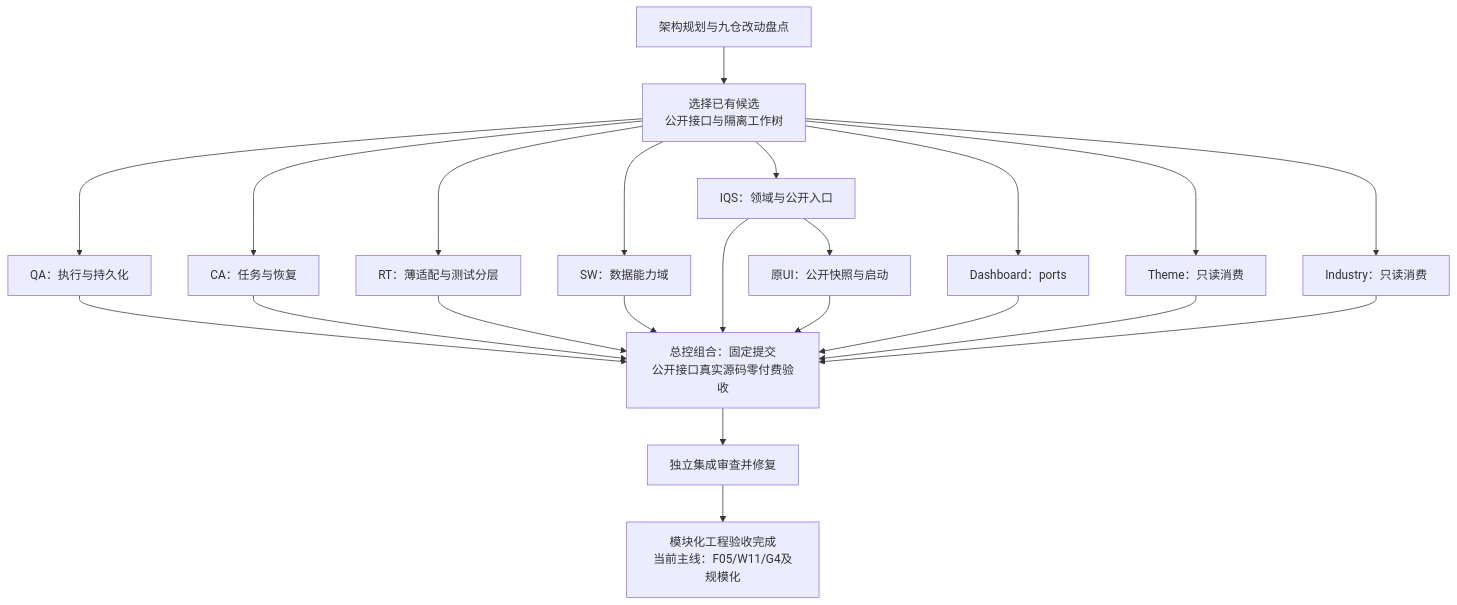
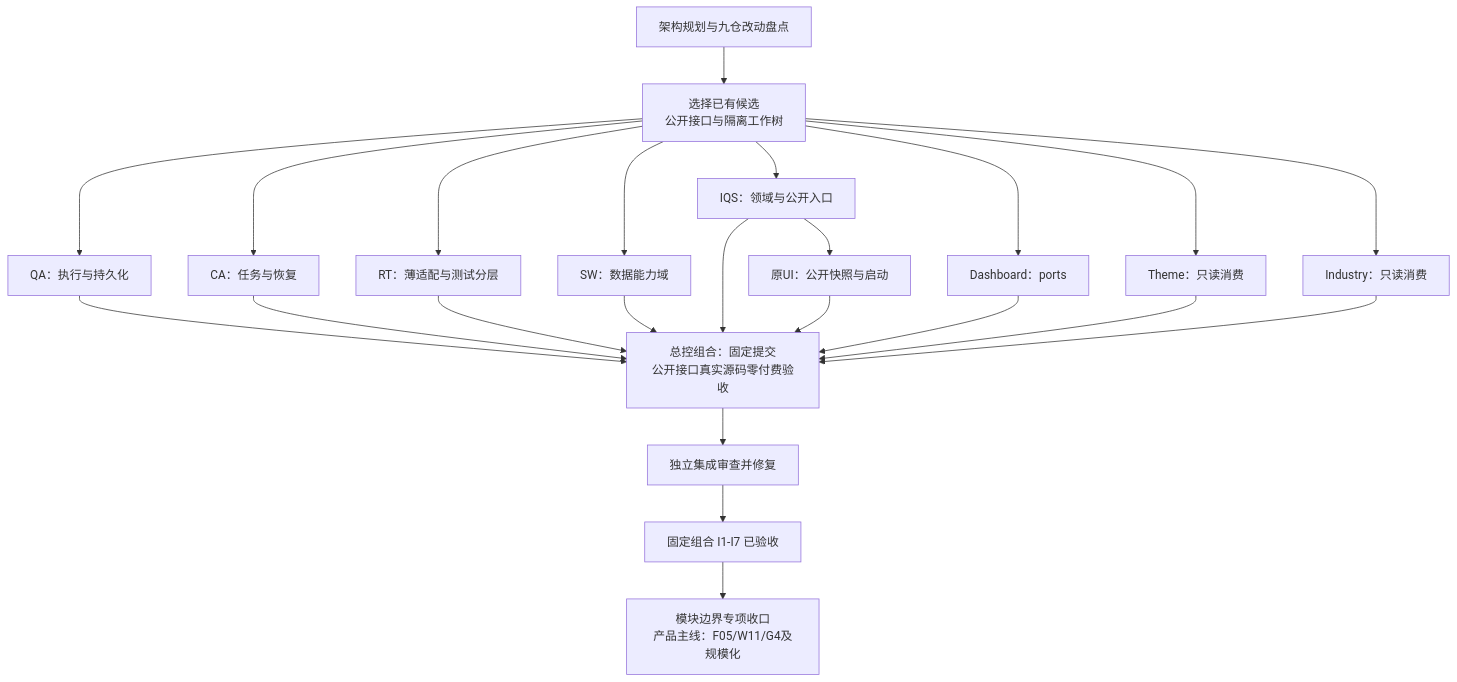
The diagram in docs/implementation/parallel-lanes/packages/2026-11-11-modularity-closeout/README.md (zhengcb81/invest-quick-scan), drawn with Mermaid before and after one commit. The commit also changed other lines of this file and 4 other files, not shown here.

````diff
--- a/docs/implementation/parallel-lanes/packages/2026-11-11-modularity-closeout/README.md
+++ b/docs/implementation/parallel-lanes/packages/2026-11-11-modularity-closeout/README.md
@@ -68,24 +70,25 @@
 ```mermaid
 flowchart TD
  A[架构规划与九仓改动盘点] --> B[选择已有候选<br/>公开接口与隔离工作树]
  B --> QA[QA：执行与持久化]
  B --> CA[CA：任务与恢复]
  B --> RT[RT：薄适配与测试分层]
  B --> SW[SW：数据能力域]
  B --> IQS[IQS：领域与公开入口]
  B --> D[Dashboard：ports]
  B --> TH[Theme：只读消费]
  B --> IN[Industry：只读消费]
  IQS --> UI[原UI：公开快照与启动]
  QA --> X[总控组合：固定提交<br/>公开接口真实源码零付费验收]
  CA --> X
  RT --> X
  SW --> X
  IQS --> X
  UI --> X
  D --> X
  TH --> X
  IN --> X
  X --> R[独立集成审查并修复]
- R --> END[模块化工程验收完成<br/>当前主线：F05/W11/G4及规模化]
+ R --> C[固定组合 I1-I7 已验收]
+ C --> E[模块边界专项收口<br/>产品主线：F05/W11/G4及规模化]
 ```
````
